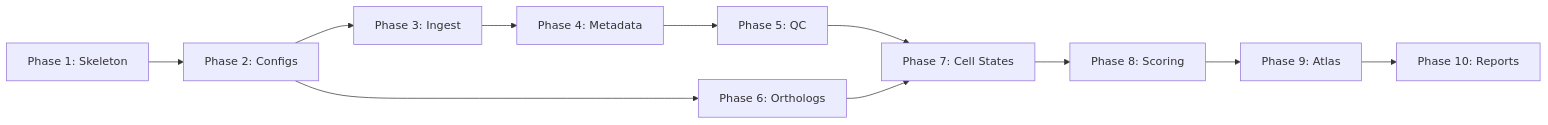
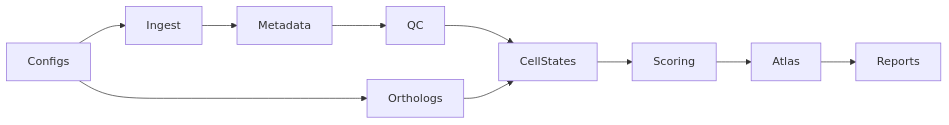
Before and after one commit to BioNanomics/ConvergentDecidua: the diagram in PLAN.md, drawn with Mermaid. The commit also changed other lines of this file and 1 other file, not shown here.

````diff
--- a/PLAN.md
+++ b/PLAN.md
@@ -79,17 +320,10 @@
 ```mermaid
 graph LR
-    Skeleton[Phase 1: Skeleton] --> Configs[Phase 2: Configs]
-    Configs --> Ingest[Phase 3: Ingest]
-    Configs --> Orthologs[Phase 6: Orthologs]
-    Ingest --> Metadata[Phase 4: Metadata]
-    Metadata --> QC[Phase 5: QC]
-    QC --> CellStates[Phase 7: Cell States]
+    Configs --> Ingest
+    Configs --> Orthologs
+    Ingest --> Metadata --> QC
+    QC --> CellStates
     Orthologs --> CellStates
-    CellStates --> Scoring[Phase 8: Scoring]
-    Scoring --> Atlas[Phase 9: Atlas]
-    Atlas --> Reports[Phase 10: Reports]
-
-    classDef done fill:#4caf50,color:#fff
-    classDef active fill:#ff9800,color:#fff
-    classDef future fill:#e0e0e0,color:#333
+    CellStates --> Scoring --> Atlas
+    Atlas --> Reports
 ```
````
